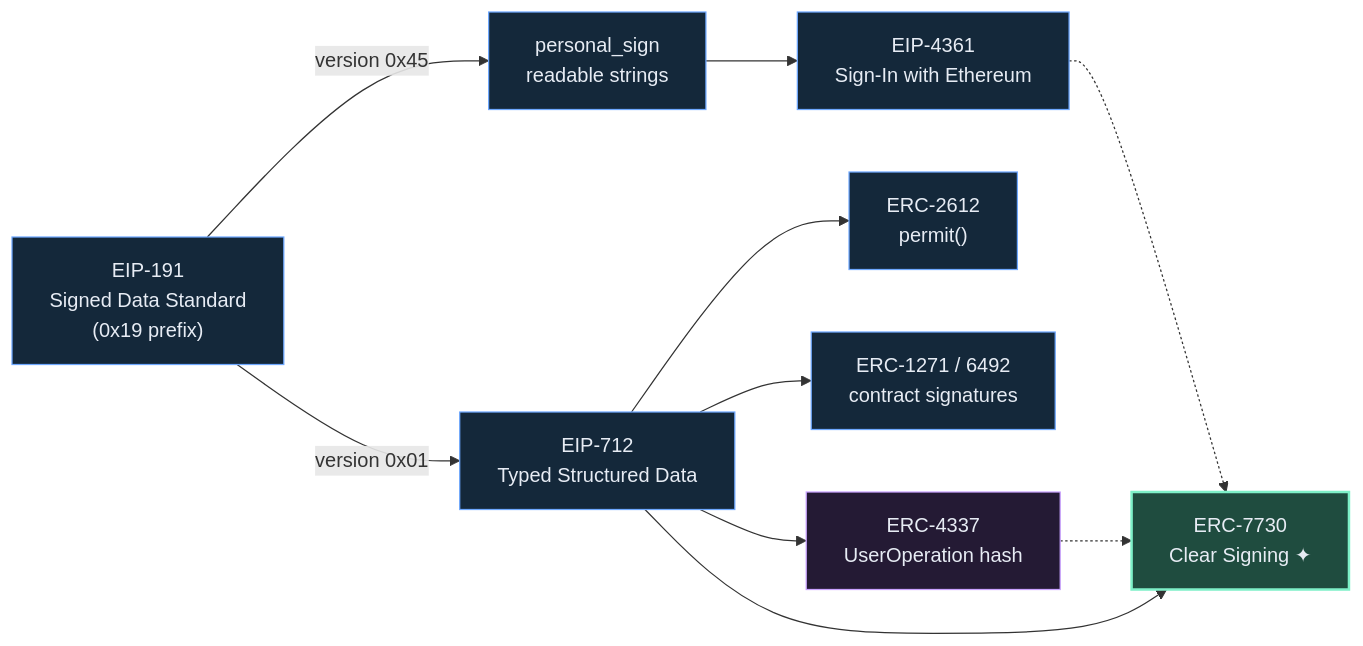
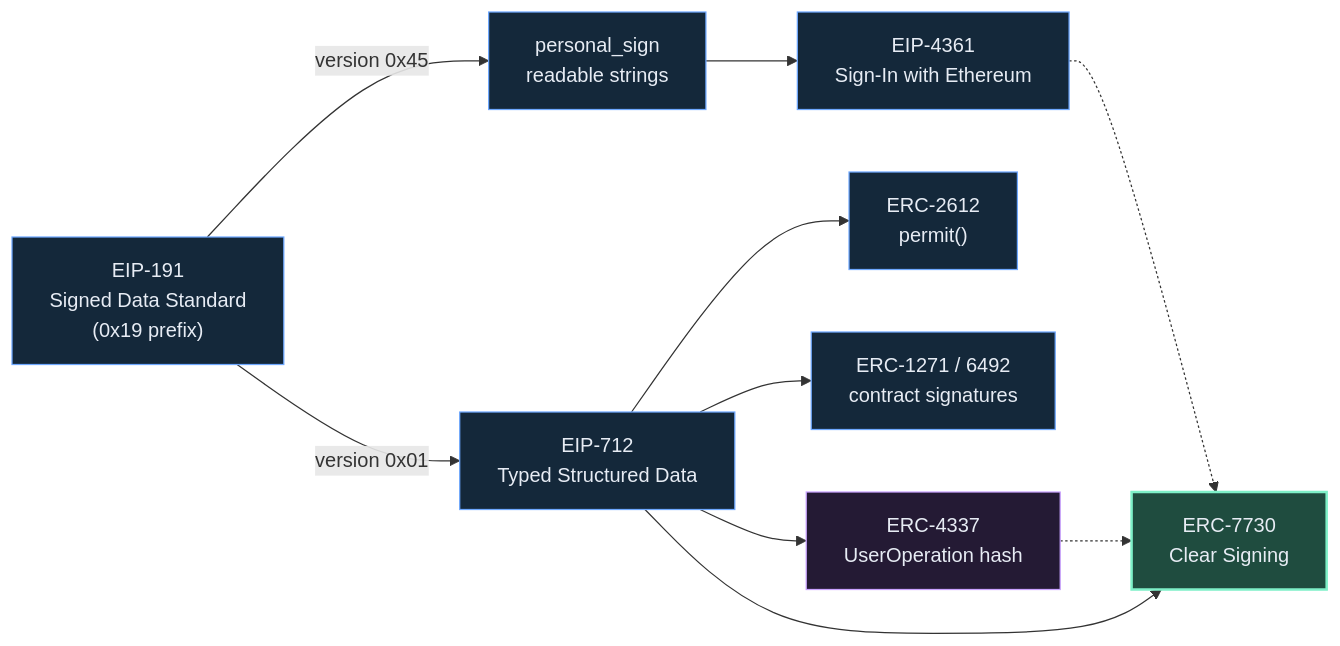
The first of 3 diagrams in README.md (Dansgit2b/awesome-clear-signing), drawn with Mermaid before and after one commit. The commit also changed other lines of this file, not shown here.

````diff
--- a/README.md
+++ b/README.md
@@ -65,20 +65,20 @@
 ```mermaid
 graph LR
   191["EIP-191<br/>Signed Data Standard<br/>(0x19 prefix)"]
   191 -->|"version 0x45"| PS["personal_sign<br/>readable strings"]
   191 -->|"version 0x01"| 712["EIP-712<br/>Typed Structured Data"]
   PS --> 4361["EIP-4361<br/>Sign-In with Ethereum"]
   712 --> 2612["ERC-2612<br/>permit()"]
   712 --> 1271["ERC-1271 / 6492<br/>contract signatures"]
   712 --> 4337["ERC-4337<br/>UserOperation hash"]
-  712 --> 7730["ERC-7730<br/>Clear Signing ✦"]
+  712 --> 7730["ERC-7730<br/>Clear Signing"]
   4361 -.-> 7730
   4337 -.-> 7730
 
   classDef sign fill:#14283a,stroke:#6ea8ff,color:#e7ecf4;
   classDef aa fill:#241a34,stroke:#c9a2ff,color:#e7ecf4;
   classDef cs fill:#1f4c3f,stroke:#7ef0c8,color:#e7ecf4,stroke-width:2px;
   class 191,PS,712,4361,2612,1271 sign;
   class 4337 aa;
   class 7730 cs;
 ```
````
